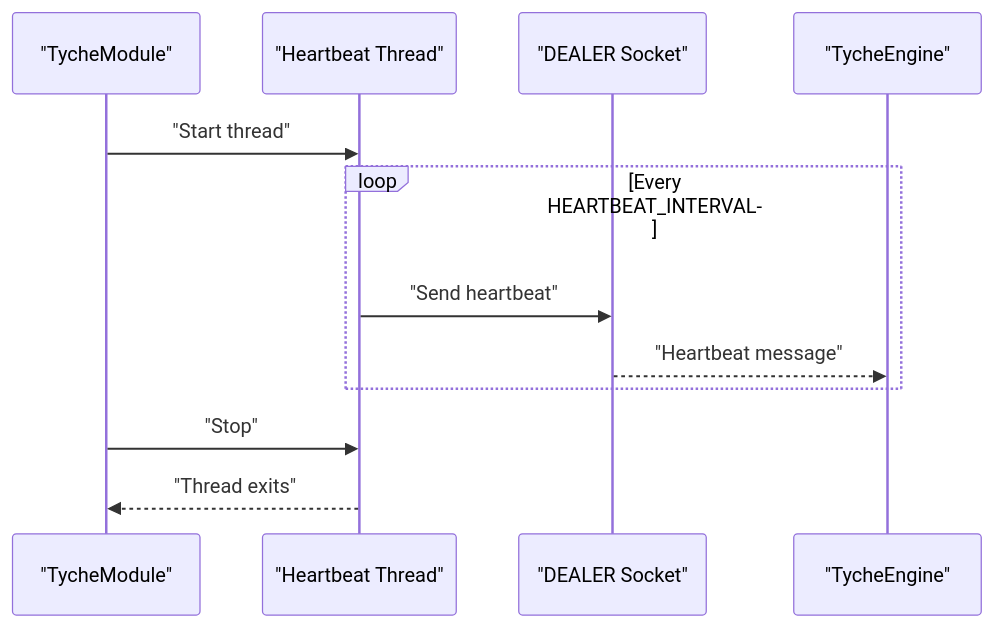
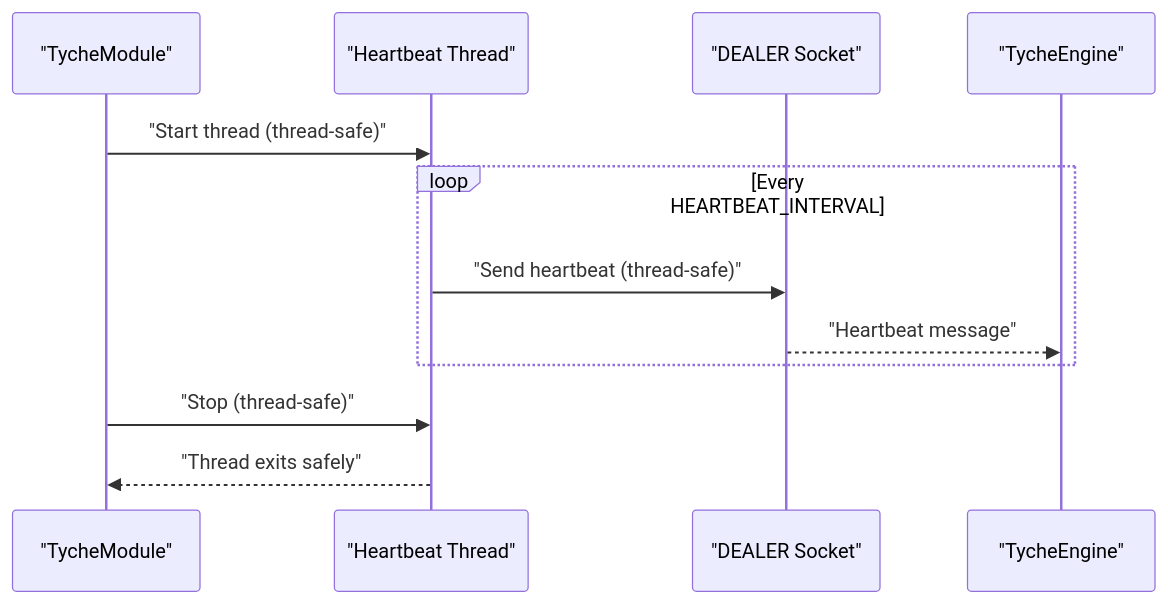
One commit to zt281/TycheEngine changed the seventh of 11 diagrams in .qoder/repowiki/en/content/Heartbeat and Reliability.md. Above: the diagram before and after it, drawn with Mermaid. The commit also changed other lines of this file and 34 other files, not shown here.

````diff
--- a/.qoder/repowiki/en/content/Heartbeat and Reliability.md
+++ b/.qoder/repowiki/en/content/Heartbeat and Reliability.md
@@ -245,14 +272,14 @@
 ```mermaid
 sequenceDiagram
 participant Module as "TycheModule"
 participant HB_Thread as "Heartbeat Thread"
 participant HB_Socket as "DEALER Socket"
 participant Engine as "TycheEngine"
-Module->>HB_Thread : "Start thread"
+Module->>HB_Thread : "Start thread (thread-safe)"
 loop Every HEARTBEAT_INTERVAL
-HB_Thread->>HB_Socket : "Send heartbeat"
+HB_Thread->>HB_Socket : "Send heartbeat (thread-safe)"
 HB_Socket-->>Engine : "Heartbeat message"
 end
-Module->>HB_Thread : "Stop"
-HB_Thread-->>Module : "Thread exits"
+Module->>HB_Thread : "Stop (thread-safe)"
+HB_Thread-->>Module : "Thread exits safely"
 ```
````
